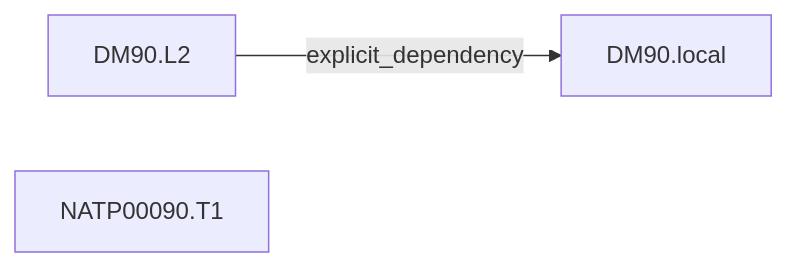
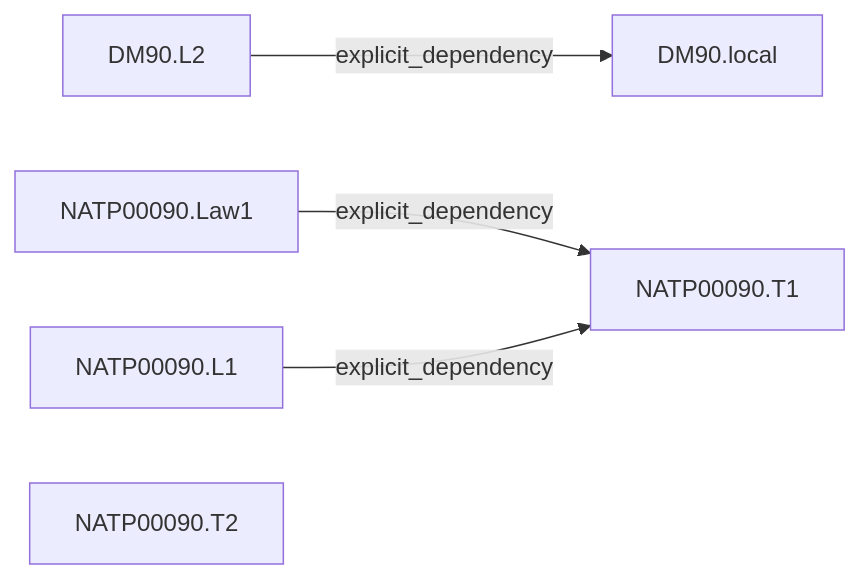
The fifth of 8 diagrams in research/graphs.md (arivero/newtonlean), drawn with Mermaid before and after one commit. The commit also changed other lines of this file and 21 other files, not shown here.

````diff
--- a/research/graphs.md
+++ b/research/graphs.md
@@ -109,7 +149,12 @@
 ```mermaid
 flowchart LR
   n1["DM90.L2"]
   n2["DM90.local"]
   n21["NATP00090.T1"]
+  n53["NATP00090.Law1"]
+  n54["NATP00090.L1"]
+  n55["NATP00090.T2"]
+  n53 -->|explicit_dependency| n21
+  n54 -->|explicit_dependency| n21
   n1 -->|explicit_dependency| n2
 ```
````
